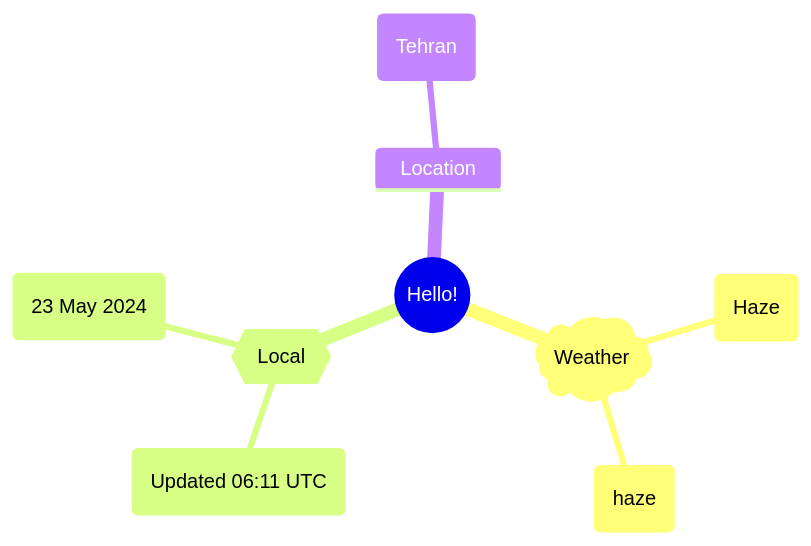
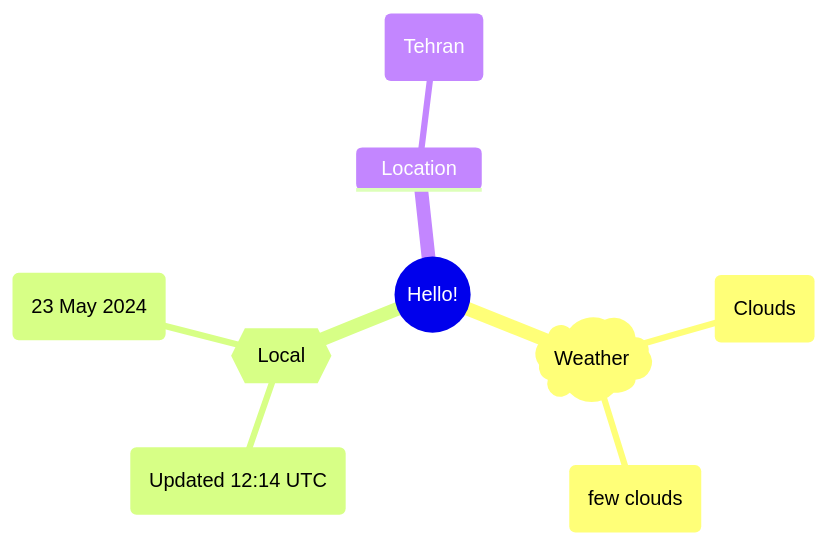
Before and after one commit to Xosrov/Xosrov: the first of 2 diagrams in README.md, drawn with Mermaid.

Commit message:
[bot] updated images

````diff
--- a/README.md
+++ b/README.md
@@ -3,12 +3,12 @@
 ```mermaid
 mindmap
   root((Hello!))
     )Weather(
-        (Haze)
-        (haze)
+        (Clouds)
+        (few clouds)
     {{Local}}
-        (Updated 06:11 UTC)
+        (Updated 12:14 UTC)
         (23 May 2024)
     Location
         (Tehran)
 ```
````
